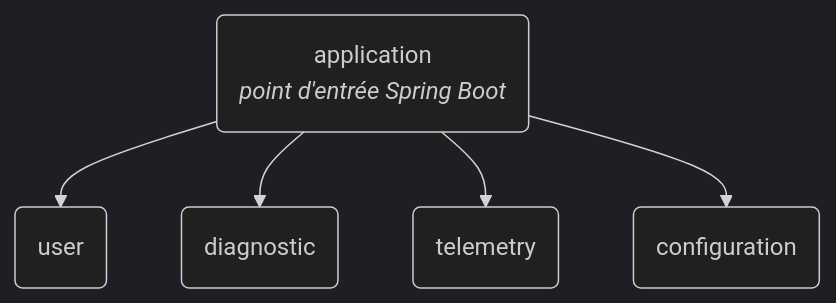
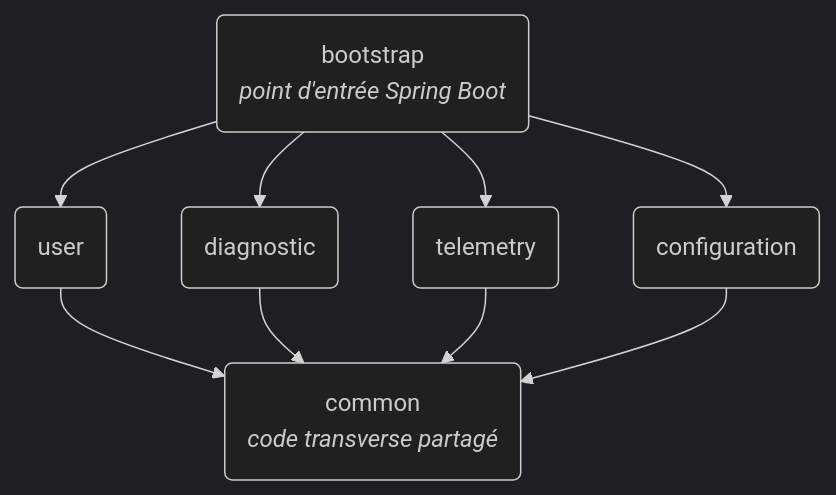
The diagram in services/core-api/README.md (enervision-project/smart-energy-optimizer), drawn with Mermaid (dark theme) before and after one commit. The commit also changed other lines of this file and 50 other files, not shown here.

Commit message:
feat(seo-10): add configuration and common modules + some changes on user module + rename application into bootstrap

````diff
--- a/services/core-api/README.md
+++ b/services/core-api/README.md
@@ -9,13 +9,18 @@
 ```mermaid
 flowchart TD
-    APP("application<br/><i>point d'entrée Spring Boot</i>")
+    APP("bootstrap<br/><i>point d'entrée Spring Boot</i>")
     USER("user")
     DIAG("diagnostic")
     TELEM("telemetry")
     CONF("configuration")
+    COMMON("common<br/><i>code transverse partagé</i>")
 
     APP --> USER
     APP --> DIAG
     APP --> TELEM
     APP --> CONF
+    USER --> COMMON
+    DIAG --> COMMON
+    TELEM --> COMMON
+    CONF --> COMMON
 ```
````
